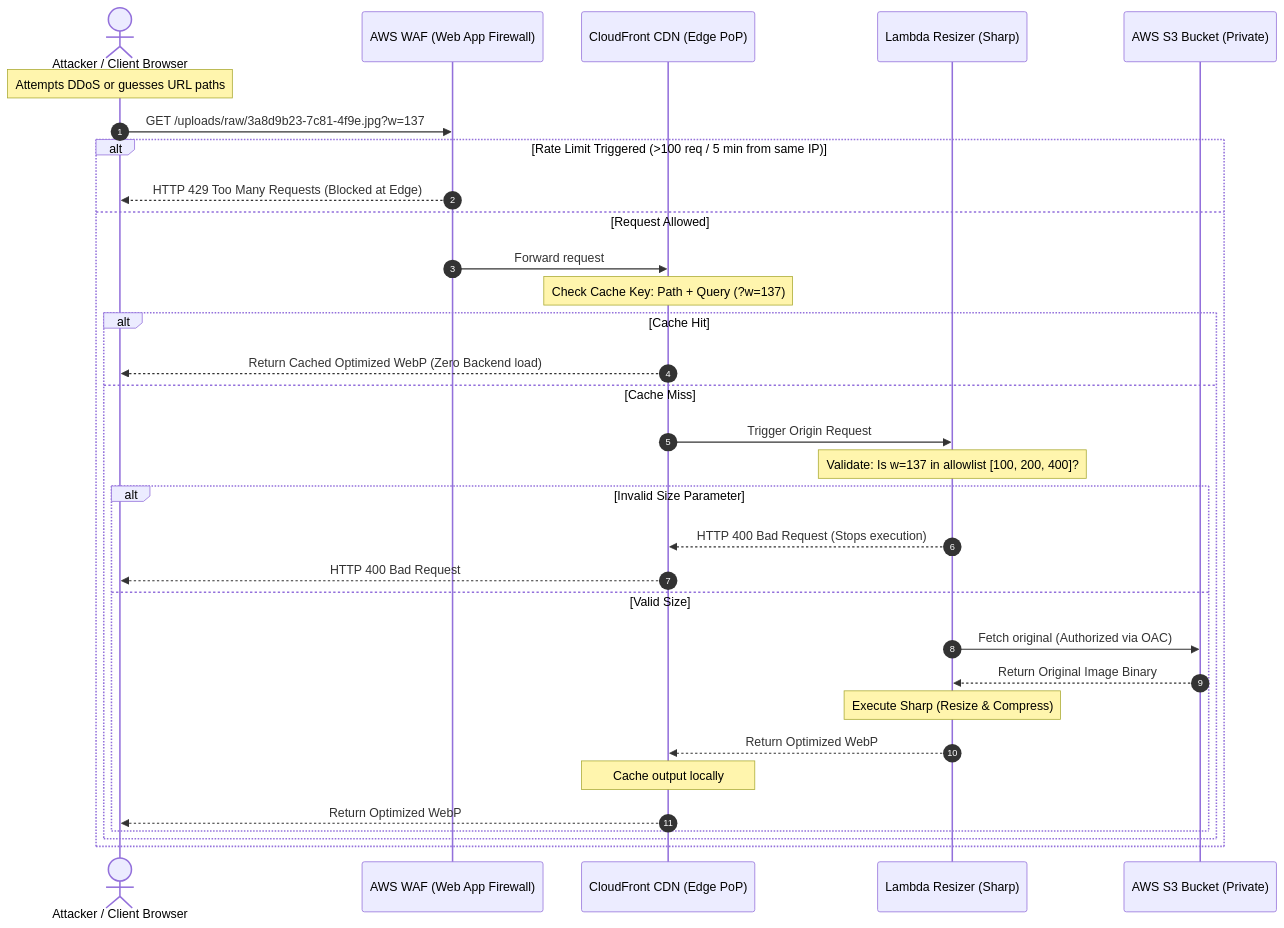
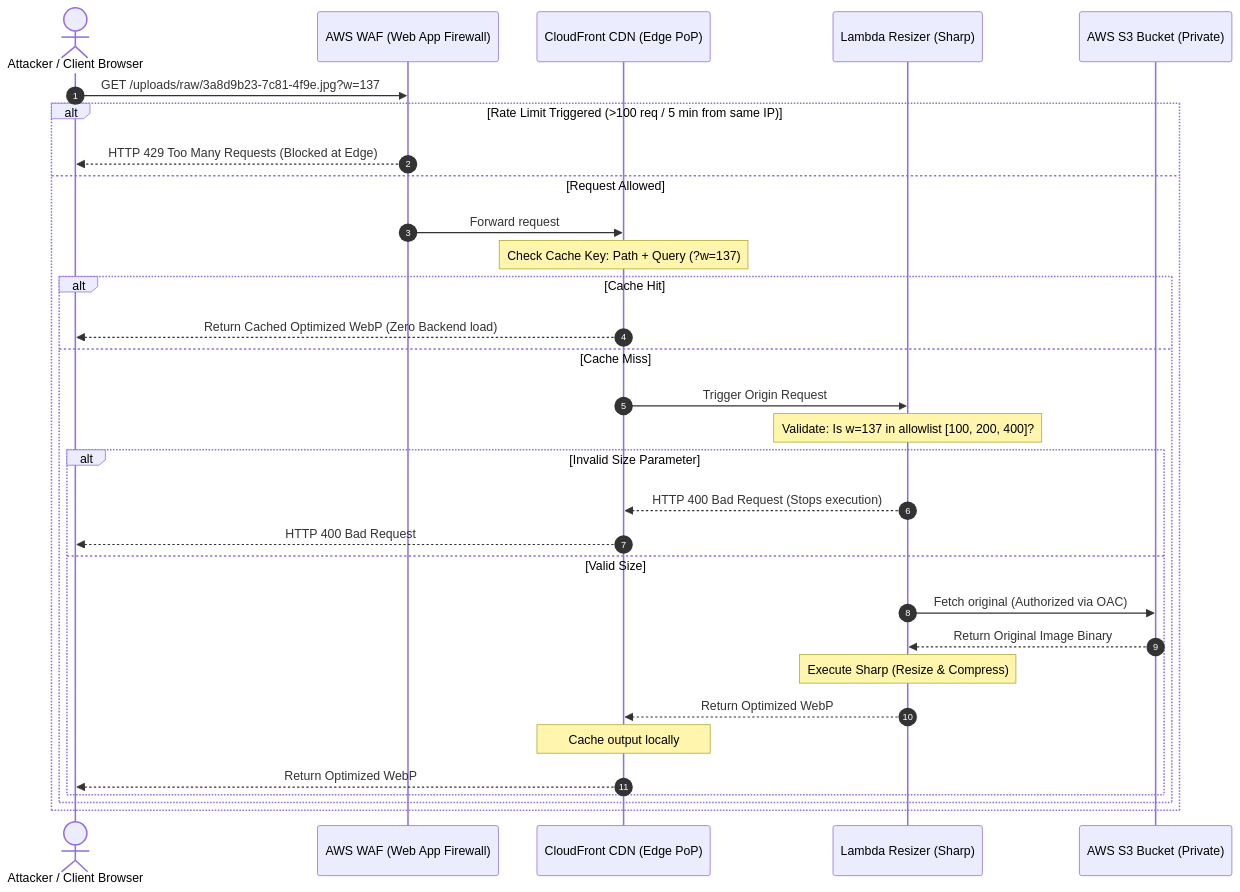
One commit to iamsujanstha/s3-thumbnail-generator changed the first of 2 diagrams in docs/cloudfront-s3-security.md. Above: the diagram before and after it, drawn with Mermaid. The commit also changed other lines of this file and 10 other files, not shown here.

````diff
--- a/docs/cloudfront-s3-security.md
+++ b/docs/cloudfront-s3-security.md
@@ -18,38 +18,37 @@
 ```mermaid
 sequenceDiagram
     autonumber
     actor Attacker as Attacker / Client Browser
     participant WAF as AWS WAF (Web App Firewall)
     participant CF as CloudFront CDN (Edge PoP)
     participant Lambda as Lambda Resizer (Sharp)
     participant S3 as AWS S3 Bucket (Private)
 
-    Note over Attacker: Attempts DDoS or guesses URL paths
     Attacker->>WAF: GET /uploads/raw/3a8d9b23-7c81-4f9e.jpg?w=137
     
     alt Rate Limit Triggered (>100 req / 5 min from same IP)
         WAF-->>Attacker: HTTP 429 Too Many Requests (Blocked at Edge)
     else Request Allowed
         WAF->>CF: Forward request
         Note over CF: Check Cache Key: Path + Query (?w=137)
         
         alt Cache Hit
             CF-->>Attacker: Return Cached Optimized WebP (Zero Backend load)
         else Cache Miss
             CF->>Lambda: Trigger Origin Request
             Note over Lambda: Validate: Is w=137 in allowlist [100, 200, 400]?
             
             alt Invalid Size Parameter
                 Lambda-->>CF: HTTP 400 Bad Request (Stops execution)
                 CF-->>Attacker: HTTP 400 Bad Request
             else Valid Size
                 Lambda->>S3: Fetch original (Authorized via OAC)
                 S3-->>Lambda: Return Original Image Binary
                 Note over Lambda: Execute Sharp (Resize & Compress)
                 Lambda-->>CF: Return Optimized WebP
                 Note over CF: Cache output locally
                 CF-->>Attacker: Return Optimized WebP
             end
         end
     end
 ```
````
